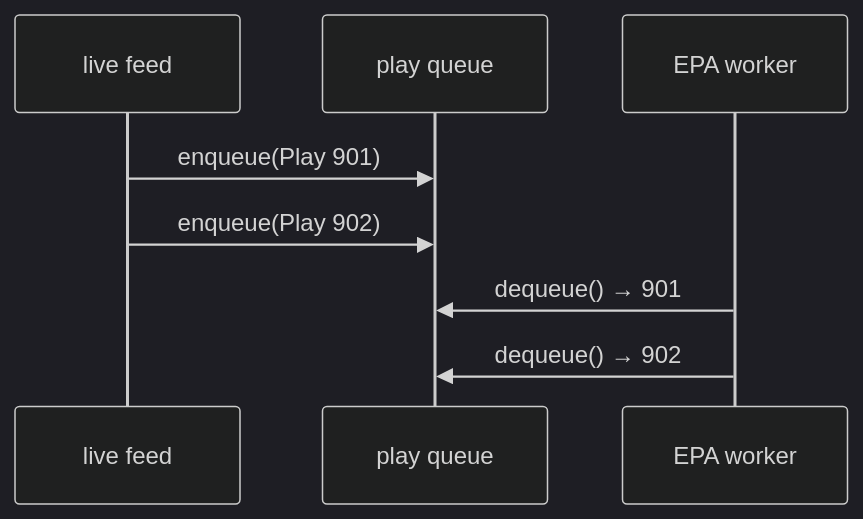
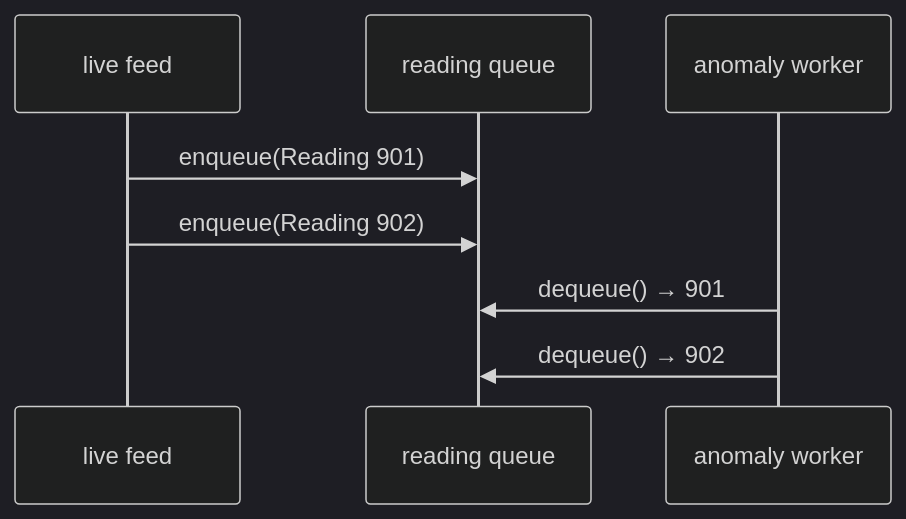
The second of 7 diagrams in docs/dsa/data-structures/queue/index.md (qgjones9/python-programming-guide), drawn with Mermaid (dark theme) before and after one commit. The commit also changed other lines of this file and 29 other files, not shown here.

````diff
--- a/docs/dsa/data-structures/queue/index.md
+++ b/docs/dsa/data-structures/queue/index.md
@@ -80,10 +80,10 @@
 ```mermaid
 sequenceDiagram
   participant Feed as live feed
-  participant Q as play queue
-  participant Worker as EPA worker
-  Feed->>Q: enqueue(Play 901)
-  Feed->>Q: enqueue(Play 902)
+  participant Q as reading queue
+  participant Worker as anomaly worker
+  Feed->>Q: enqueue(Reading 901)
+  Feed->>Q: enqueue(Reading 902)
   Worker->>Q: dequeue() → 901
   Worker->>Q: dequeue() → 902
 ```
````
